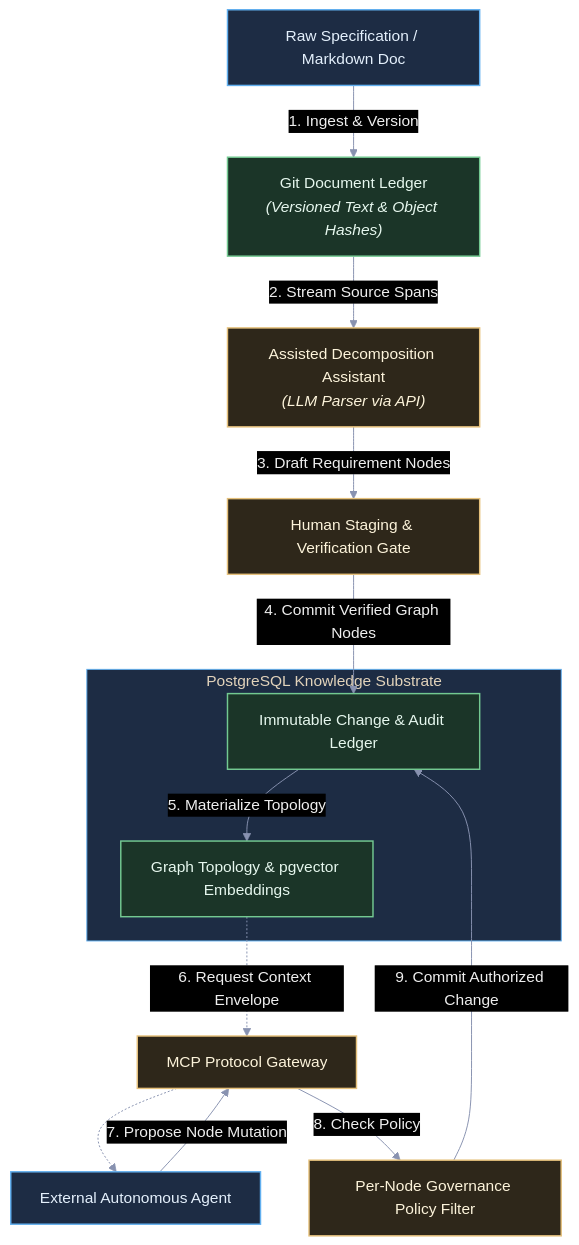
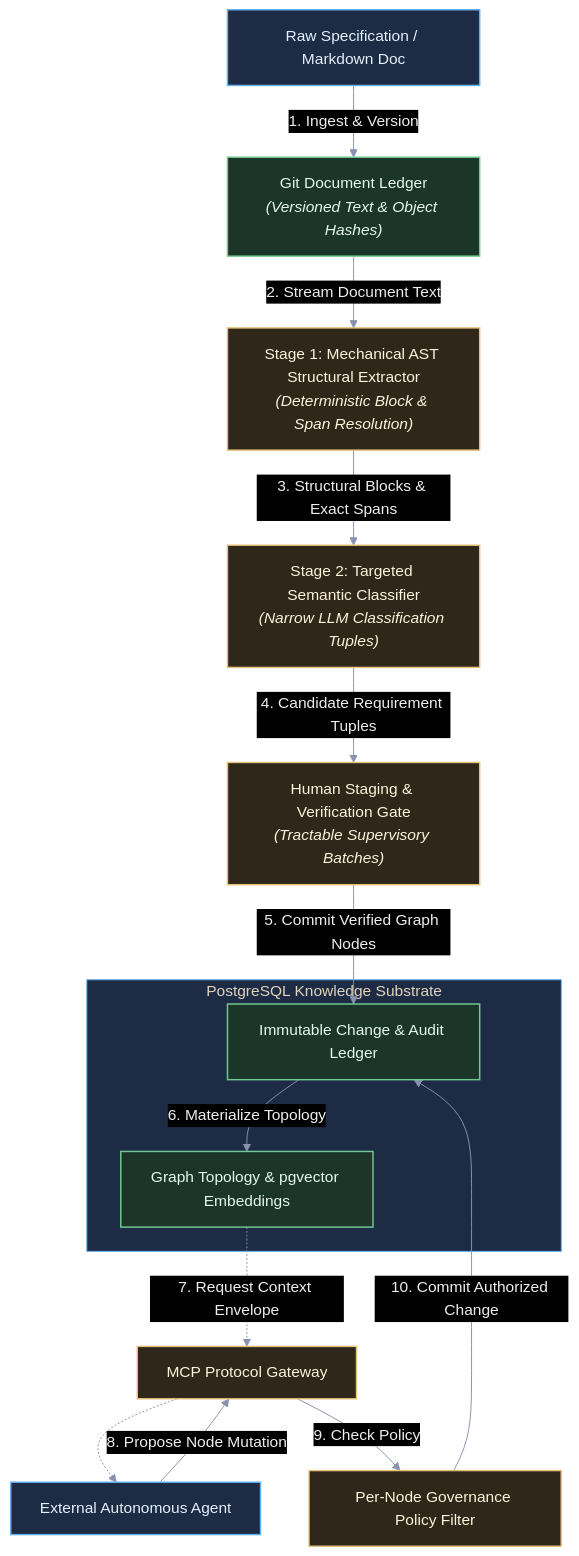
Before and after one commit to Shapedsundew9/tks: the third of 4 diagrams in docs/vision/vision.md, drawn with Mermaid. The commit also changed other lines of this file and 2 other files, not shown here.

````diff
--- a/docs/vision/vision.md
+++ b/docs/vision/vision.md
@@ -167,54 +171,56 @@
 ```mermaid
 %%{init: {
   'theme': 'base',
   'themeVariables': {
     'darkMode': true,
     'background': '#161922',
     'mainBkg': '#1e2230',
     'nodeBorder': '#434c5e',
     'textColor': '#e2e8f0',
     'fontFamily': 'ui-sans-serif, system-ui, sans-serif',
     'lineColor': '#8892b0',
     'primaryColor': '#422026',
     'primaryBorderColor': '#e06c75',
     'secondaryColor': '#1b3528',
     'secondaryBorderColor': '#73c991',
     'tertiaryColor': '#1d2c44',
     'tertiaryBorderColor': '#61afef',
     'gateColor': '#2e271a',
     'gateBorder': '#e5c07b'
   }
 }}%%
 flowchart TD
     classDef agent fill:#1d2c44,stroke:#61afef,stroke-width:1.5px,color:#e4f0fc;
     classDef gate fill:#2e271a,stroke:#e5c07b,stroke-width:1.5px,color:#fdf4db;
     classDef db fill:#1b3528,stroke:#73c991,stroke-width:1.5px,color:#e6f7ee;
 
     Doc["Raw Specification / Markdown Doc"]:::agent
     GitLedger["Git Document Ledger<br/><i>(Versioned Text & Object Hashes)</i>"]:::db
-    Decomp["Assisted Decomposition Assistant<br/><i>(LLM Parser via API)</i>"]:::gate
-    HumanReview["Human Staging & Verification Gate"]:::gate
+    ASTParser["Stage 1: Mechanical AST Structural Extractor<br/><i>(Deterministic Block & Span Resolution)</i>"]:::gate
+    Classifier["Stage 2: Targeted Semantic Classifier<br/><i>(Narrow LLM Classification Tuples)</i>"]:::gate
+    HumanReview["Human Staging & Verification Gate<br/><i>(Tractable Supervisory Batches)</i>"]:::gate
 
     Doc -->|"1. Ingest & Version"| GitLedger
-    GitLedger -->|"2. Stream Source Spans"| Decomp
-    Decomp -->|"3. Draft Requirement Nodes"| HumanReview
+    GitLedger -->|"2. Stream Document Text"| ASTParser
+    ASTParser -->|"3. Structural Blocks & Exact Spans"| Classifier
+    Classifier -->|"4. Candidate Requirement Tuples"| HumanReview
 
     subgraph Core["PostgreSQL Knowledge Substrate"]
         GraphStore["Graph Topology & pgvector Embeddings"]:::db
         AuditTrail["Immutable Change & Audit Ledger"]:::db
     end
 
-    HumanReview -->|"4. Commit Verified Graph Nodes"| AuditTrail
-    AuditTrail -->|"5. Materialize Topology"| GraphStore
+    HumanReview -->|"5. Commit Verified Graph Nodes"| AuditTrail
+    AuditTrail -->|"6. Materialize Topology"| GraphStore
 
     ExtAgent["External Autonomous Agent"]:::agent
     MCPGateway["MCP Protocol Gateway"]:::gate
     GovCheck["Per-Node Governance Policy Filter"]:::gate
 
-    GraphStore -.->|"6. Request Context Envelope"| MCPGateway
+    GraphStore -.->|"7. Request Context Envelope"| MCPGateway
     MCPGateway -.-> ExtAgent
-    ExtAgent -->|"7. Propose Node Mutation"| MCPGateway
-    MCPGateway -->|"8. Check Policy"| GovCheck
-    GovCheck -->|"9. Commit Authorized Change"| AuditTrail
+    ExtAgent -->|"8. Propose Node Mutation"| MCPGateway
+    MCPGateway -->|"9. Check Policy"| GovCheck
+    GovCheck -->|"10. Commit Authorized Change"| AuditTrail
 
 ```
````
